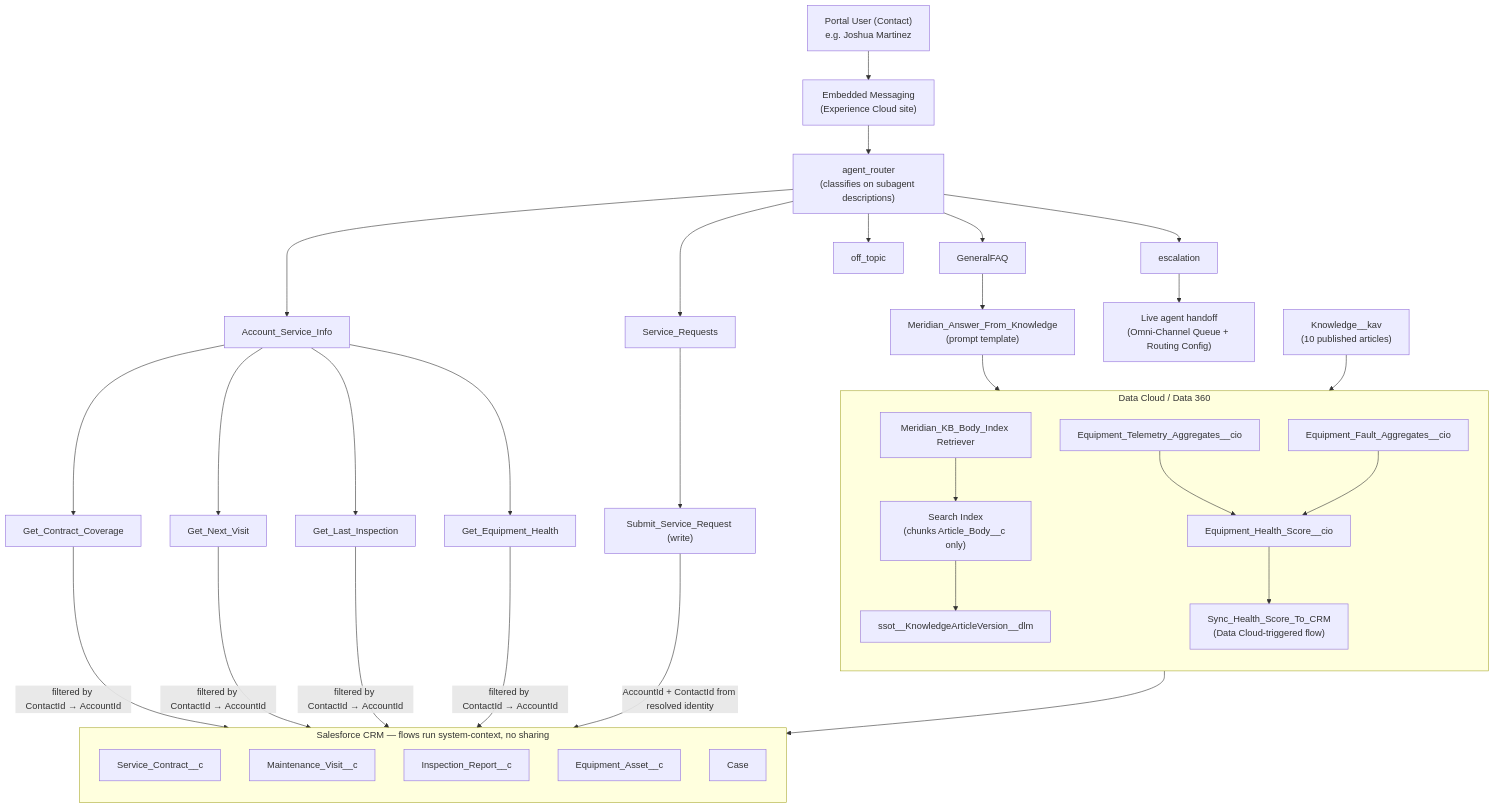
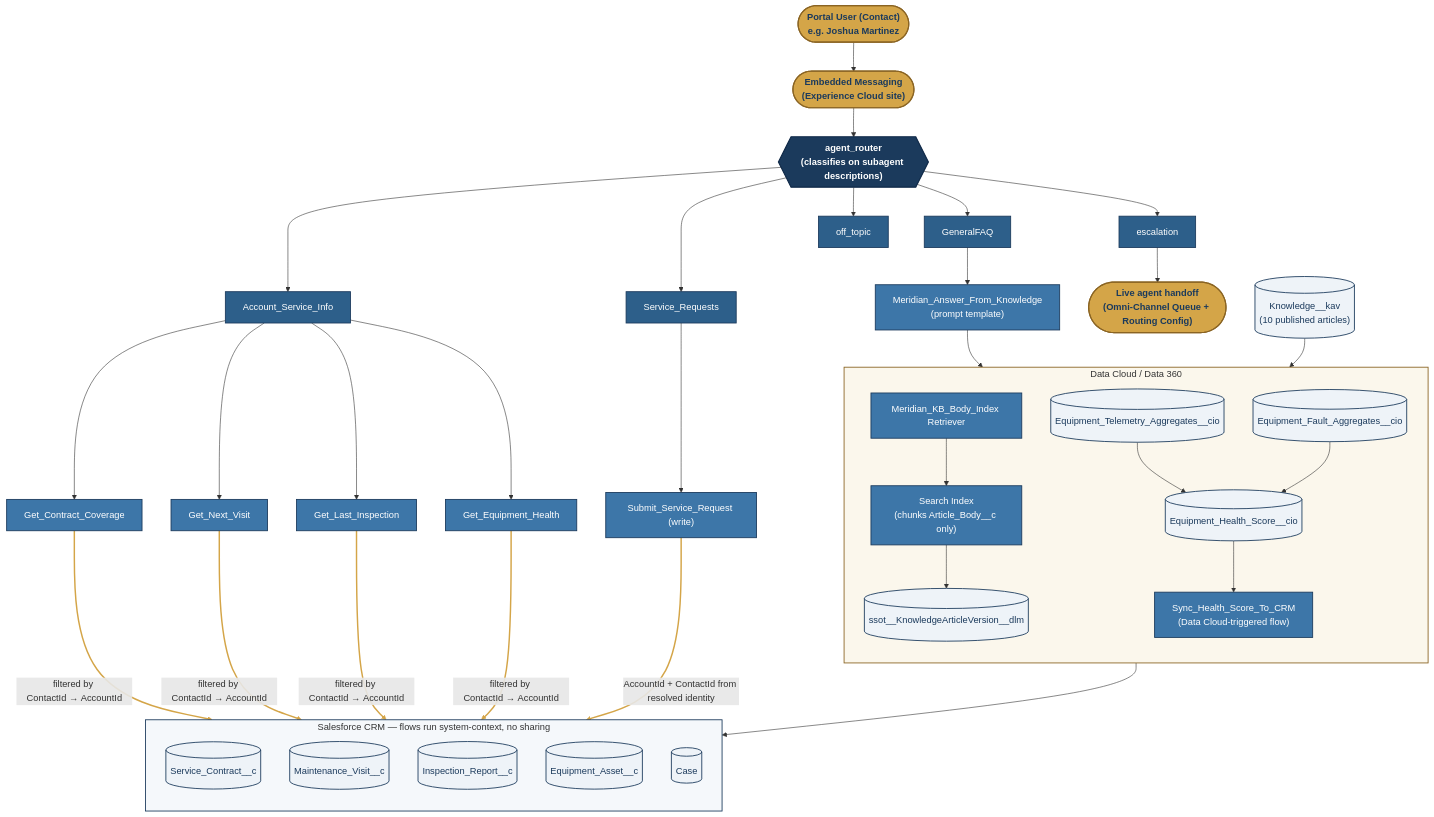
The diagram in README.md (Camden-sung/agentforce-portfolio), drawn with Mermaid before and after one commit. The commit also changed other lines of this file, not shown here.

Commit message:
Style the architecture diagram with Meridian brand colors
Applies the logo palette (#1b3a5c/#2d5f8a navy, #d4a548 gold accent)
to the Mermaid diagram: navy for the router/subagents, gold for
human touchpoints, cylinder shapes for data-at-rest vs. rectangles
for process steps, and a gold highlight on the ContactId->AccountId
edges to visually call out the security boundary discussed below.

````diff
--- a/README.md
+++ b/README.md
@@ -9,52 +9,69 @@
 ```mermaid
 flowchart TB
-    User["Portal User (Contact)<br/>e.g. Joshua Martinez"] --> EM["Embedded Messaging<br/>(Experience Cloud site)"]
-    EM --> Router["agent_router<br/>(classifies on subagent descriptions)"]
+    User(["Portal User (Contact)<br/>e.g. Joshua Martinez"]) --> EM(["Embedded Messaging<br/>(Experience Cloud site)"])
+    EM --> Router{{"agent_router<br/>(classifies on subagent descriptions)"}}
 
     Router --> FAQ["GeneralFAQ"]
     Router --> Info["Account_Service_Info"]
     Router --> Req["Service_Requests"]
     Router --> Esc["escalation"]
     Router --> Off["off_topic"]
 
     FAQ --> Prompt["Meridian_Answer_From_Knowledge<br/>(prompt template)"]
     Info --> A1["Get_Contract_Coverage"]
     Info --> A2["Get_Next_Visit"]
     Info --> A3["Get_Last_Inspection"]
     Info --> A4["Get_Equipment_Health"]
     Req --> A5["Submit_Service_Request (write)"]
-    Esc --> Human["Live agent handoff<br/>(Omni-Channel Queue + Routing Config)"]
+    Esc --> Human(["Live agent handoff<br/>(Omni-Channel Queue + Routing Config)"])
 
     subgraph CRM["Salesforce CRM — flows run system-context, no sharing"]
         direction TB
-        SC["Service_Contract__c"]
-        MV["Maintenance_Visit__c"]
-        IR["Inspection_Report__c"]
-        EA["Equipment_Asset__c"]
-        CS["Case"]
+        SC[("Service_Contract__c")]
+        MV[("Maintenance_Visit__c")]
+        IR[("Inspection_Report__c")]
+        EA[("Equipment_Asset__c")]
+        CS[("Case")]
     end
 
     A1 -->|"filtered by ContactId&nbsp;&rarr;&nbsp;AccountId"| SC
     A2 -->|"filtered by ContactId&nbsp;&rarr;&nbsp;AccountId"| MV
     A3 -->|"filtered by ContactId&nbsp;&rarr;&nbsp;AccountId"| IR
     A4 -->|"filtered by ContactId&nbsp;&rarr;&nbsp;AccountId"| EA
     A5 -->|"AccountId + ContactId from resolved identity"| CS
 
     subgraph DataCloud["Data Cloud / Data 360"]
         direction TB
         Retriever["Meridian_KB_Body_Index Retriever"]
         Index["Search Index<br/>(chunks Article_Body__c only)"]
-        KDMO["ssot__KnowledgeArticleVersion__dlm"]
-        Tele["Equipment_Telemetry_Aggregates__cio"]
-        Fault["Equipment_Fault_Aggregates__cio"]
-        Health["Equipment_Health_Score__cio"]
+        KDMO[("ssot__KnowledgeArticleVersion__dlm")]
+        Tele[("Equipment_Telemetry_Aggregates__cio")]
+        Fault[("Equipment_Fault_Aggregates__cio")]
+        Health[("Equipment_Health_Score__cio")]
         Sync["Sync_Health_Score_To_CRM<br/>(Data Cloud-triggered flow)"]
     end
 
     Prompt --> Retriever --> Index --> KDMO
-    KAV["Knowledge__kav<br/>(10 published articles)"] --> KDMO
+    KAV[("Knowledge__kav<br/>(10 published articles)")] --> KDMO
 
     Tele --> Health
     Fault --> Health
     Health --> Sync --> EA
+
+    classDef touchpoint fill:#d4a548,stroke:#8a6423,stroke-width:2px,color:#1b3a5c,font-weight:bold
+    classDef router fill:#1b3a5c,stroke:#0f2847,stroke-width:2px,color:#ffffff,font-weight:bold
+    classDef subagent fill:#2d5f8a,stroke:#1b3a5c,stroke-width:1.5px,color:#ffffff
+    classDef action fill:#3d76a8,stroke:#1b3a5c,stroke-width:1.5px,color:#ffffff
+    classDef datastore fill:#eef3f8,stroke:#1b3a5c,stroke-width:1.5px,color:#1b3a5c
+
+    class User,EM,Human touchpoint
+    class Router router
+    class FAQ,Info,Req,Esc,Off subagent
+    class Prompt,A1,A2,A3,A4,A5,Retriever,Index,Sync action
+    class SC,MV,IR,EA,CS,KDMO,Tele,Fault,Health,KAV datastore
+
+    style CRM fill:#f5f8fb,stroke:#1b3a5c,stroke-width:1.5px
+    style DataCloud fill:#fbf7ec,stroke:#8a6423,stroke-width:1.5px
+
+    linkStyle 14,15,16,17,18 stroke:#d4a548,stroke-width:2.5px
 ```
````
